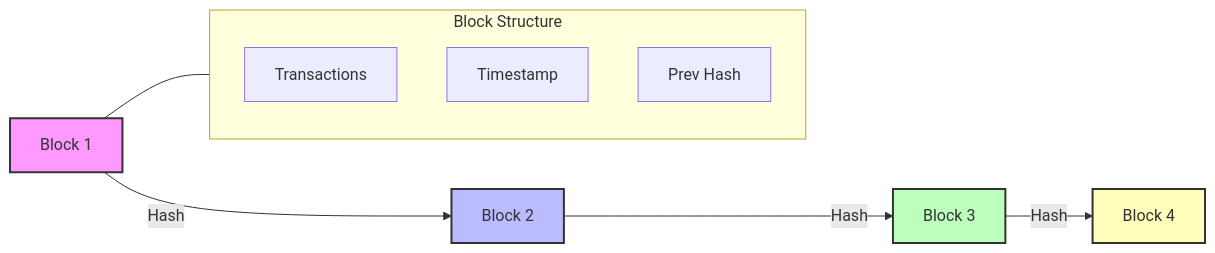
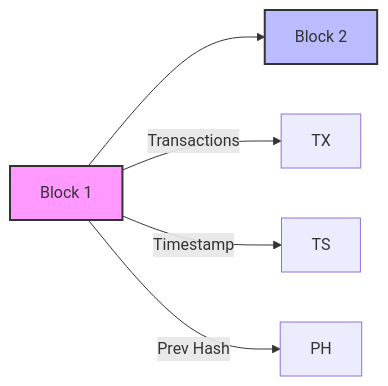
One commit to MrRogueKnight/Dev3Pack-Lisk-Solidity-Bootcamp-2025 changed the first of 5 diagrams in homework/week1-article-blockchain.md. Above: the diagram before and after it, drawn with Mermaid. The commit also changed other lines of this file, not shown here.

````diff
--- a/homework/week1-article-blockchain.md
+++ b/homework/week1-article-blockchain.md
@@ -40,20 +40,9 @@
 ```mermaid
 flowchart LR
-    A[Block 1]
-    B[Block 2]
-    C[Block 3]
-    D[Block 4]
-    A -- Hash --> B
-    B -- Hash --> C
-    C -- Hash --> D
-    subgraph BlockDetails[Block Structure]
-        TX[Transactions]
-        TS[Timestamp]
-        Prev[Prev Hash]
-    end
-    A --- BlockDetails
+    A[Block 1] --> B[Block 2]
+    A -->|Transactions| TX
+    A -->|Timestamp| TS
+    A -->|Prev Hash| PH
     style A fill:#f9f,stroke:#333,stroke-width:2px
     style B fill:#bbf,stroke:#333,stroke-width:2px
-    style C fill:#bfb,stroke:#333,stroke-width:2px
-    style D fill:#ffb,stroke:#333,stroke-width:2px
 ```
````
